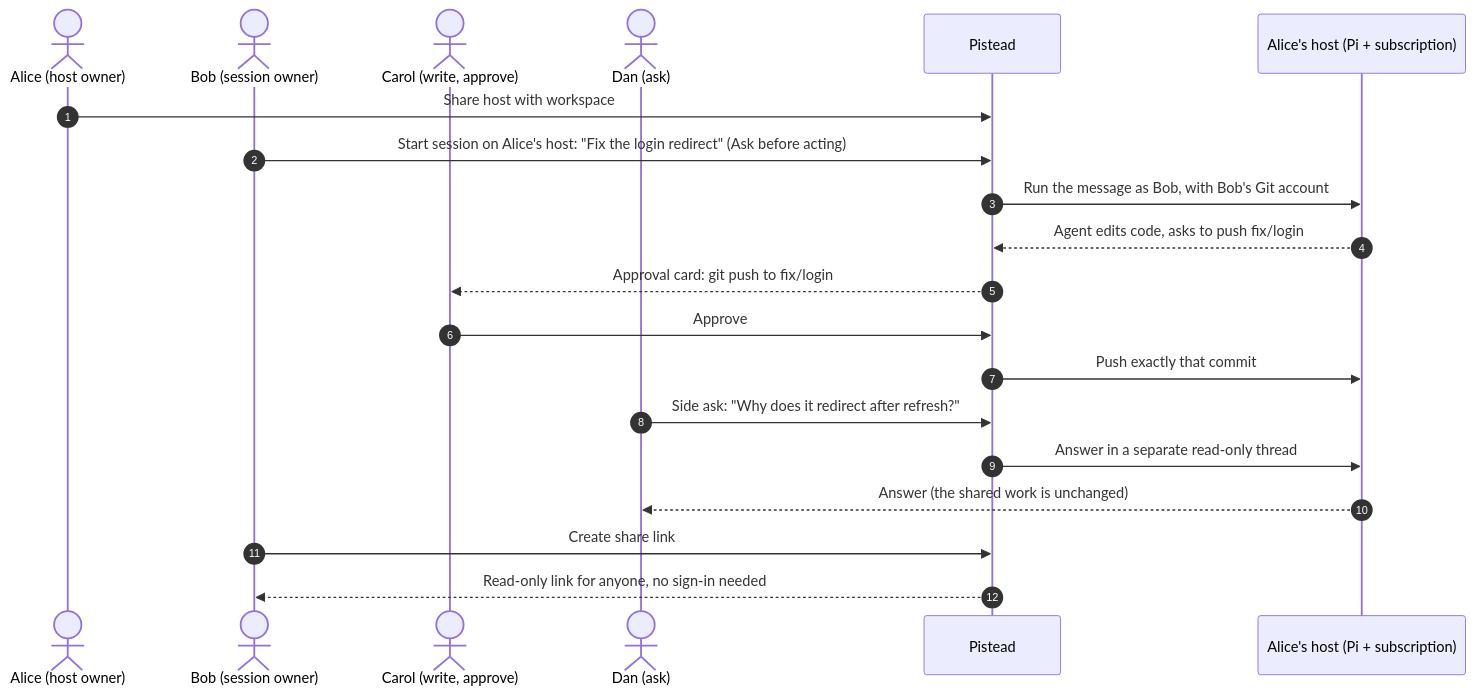
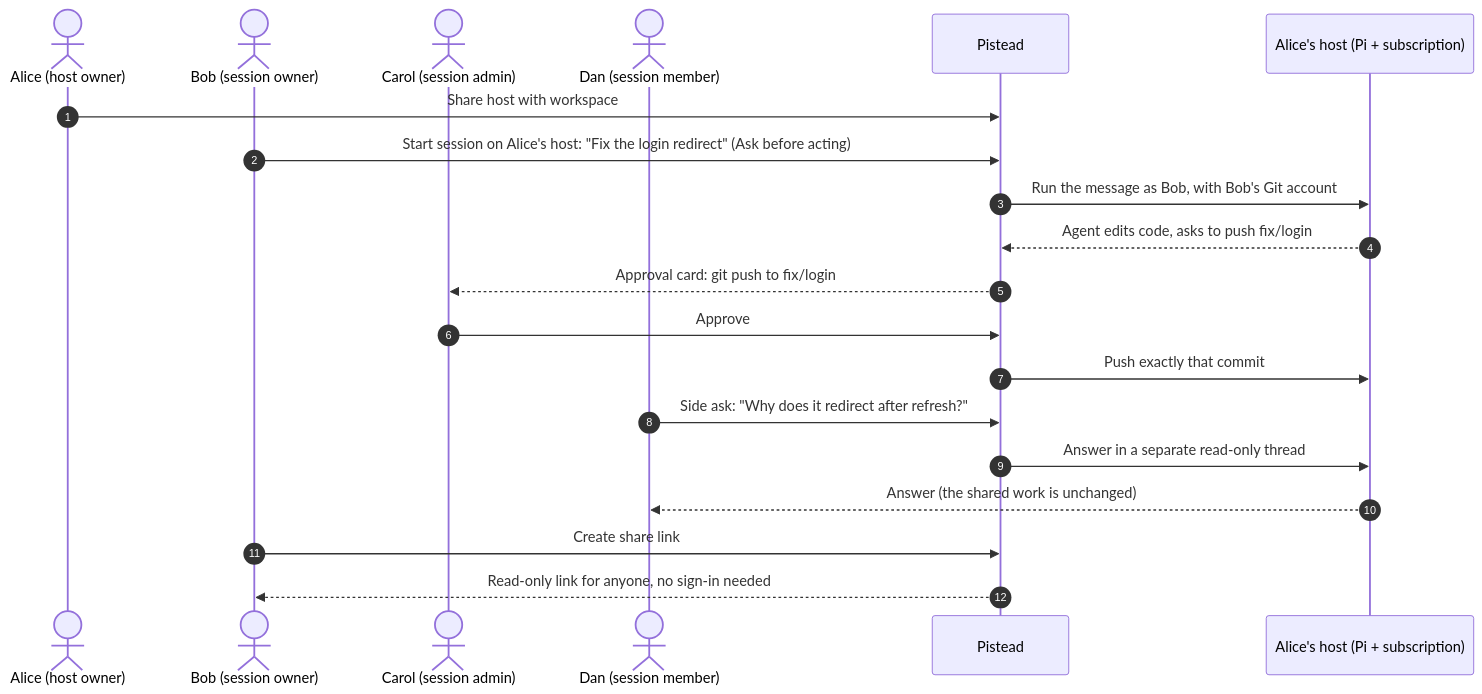
The diagram in README.md (OpenCara/pistead), drawn with Mermaid before and after one commit. The commit also changed other lines of this file and 10 other files, not shown here.

First line of the commit message:
Session roles: give a member one of four tiers of access to a session (#77)

````diff
--- a/README.md
+++ b/README.md
@@ -397,23 +397,23 @@
 ```mermaid
 sequenceDiagram
     autonumber
     actor Alice as Alice (host owner)
     actor Bob as Bob (session owner)
-    actor Carol as Carol (write, approve)
-    actor Dan as Dan (ask)
+    actor Carol as Carol (session admin)
+    actor Dan as Dan (session member)
     participant P as Pistead
     participant H as Alice's host (Pi + subscription)
 
     Alice->>P: Share host with workspace
     Bob->>P: Start session on Alice's host: "Fix the login redirect" (Ask before acting)
     P->>H: Run the message as Bob, with Bob's Git account
     H-->>P: Agent edits code, asks to push fix/login
     P-->>Carol: Approval card: git push to fix/login
     Carol->>P: Approve
     P->>H: Push exactly that commit
     Dan->>P: Side ask: "Why does it redirect after refresh?"
     P->>H: Answer in a separate read-only thread
     H-->>Dan: Answer (the shared work is unchanged)
     Bob->>P: Create share link
     P-->>Bob: Read-only link for anyone, no sign-in needed
 ```
````
